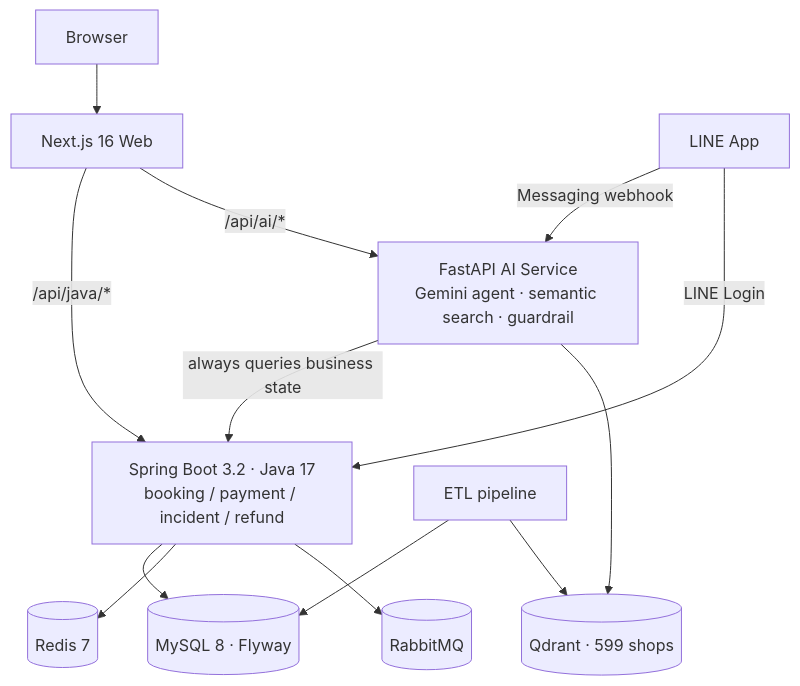
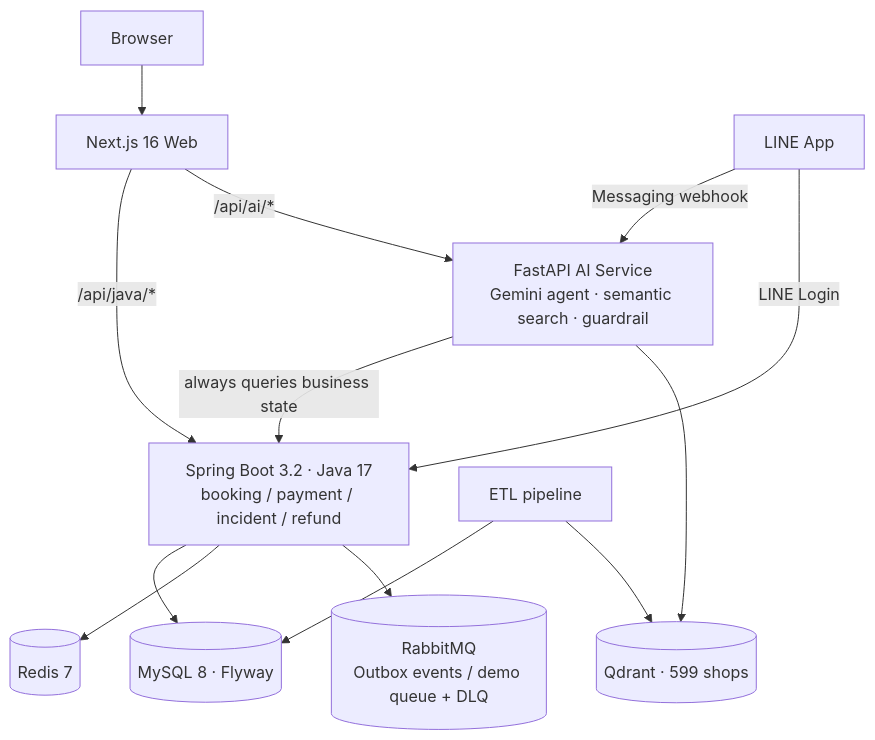
One commit to kevinlin000/ai-enhanced-local-services changed the diagram in README.en.md. Above: the diagram before and after it, drawn with Mermaid. The commit also changed other lines of this file and 1 other file, not shown here.

Commit message:
docs: correct queue and load-test claims

````diff
--- a/README.en.md
+++ b/README.en.md
@@ -63,15 +63,15 @@
 ```mermaid
 flowchart TB
     Browser[Browser] --> Web["Next.js 16 Web"]
     LINE[LINE App] -->|Messaging webhook| AI
     LINE -->|LINE Login| Java
     Web -->|"/api/java/*"| Java["Spring Boot 3.2 · Java 17<br/>booking / payment / incident / refund"]
     Web -->|"/api/ai/*"| AI["FastAPI AI Service<br/>Gemini agent · semantic search · guardrail"]
     AI -->|"always queries business state"| Java
     Java --> MySQL[(MySQL 8 · Flyway)]
     Java --> Redis[(Redis 7)]
-    Java --> MQ[(RabbitMQ)]
+    Java --> MQ[(RabbitMQ<br/>Outbox events / demo queue + DLQ)]
     AI --> Qdrant[(Qdrant · 599 shops)]
     ETL[ETL pipeline] --> MySQL
     ETL --> Qdrant
 ```
````
